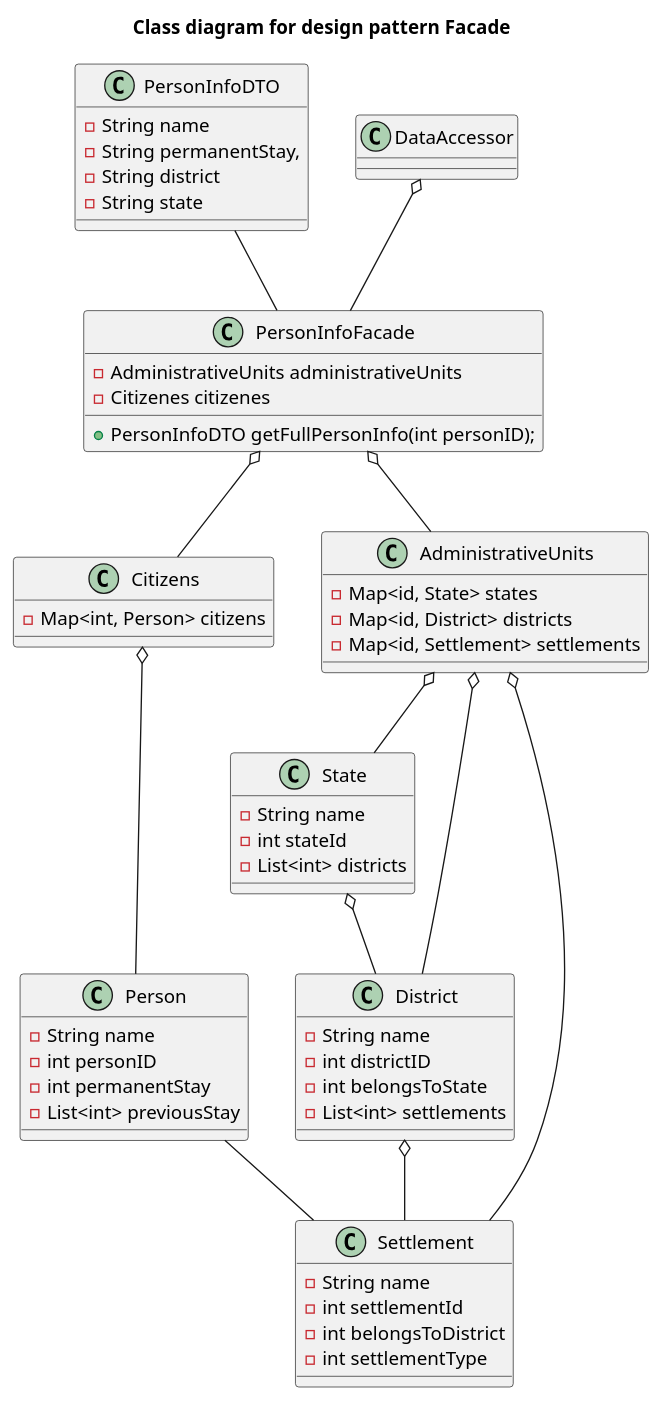
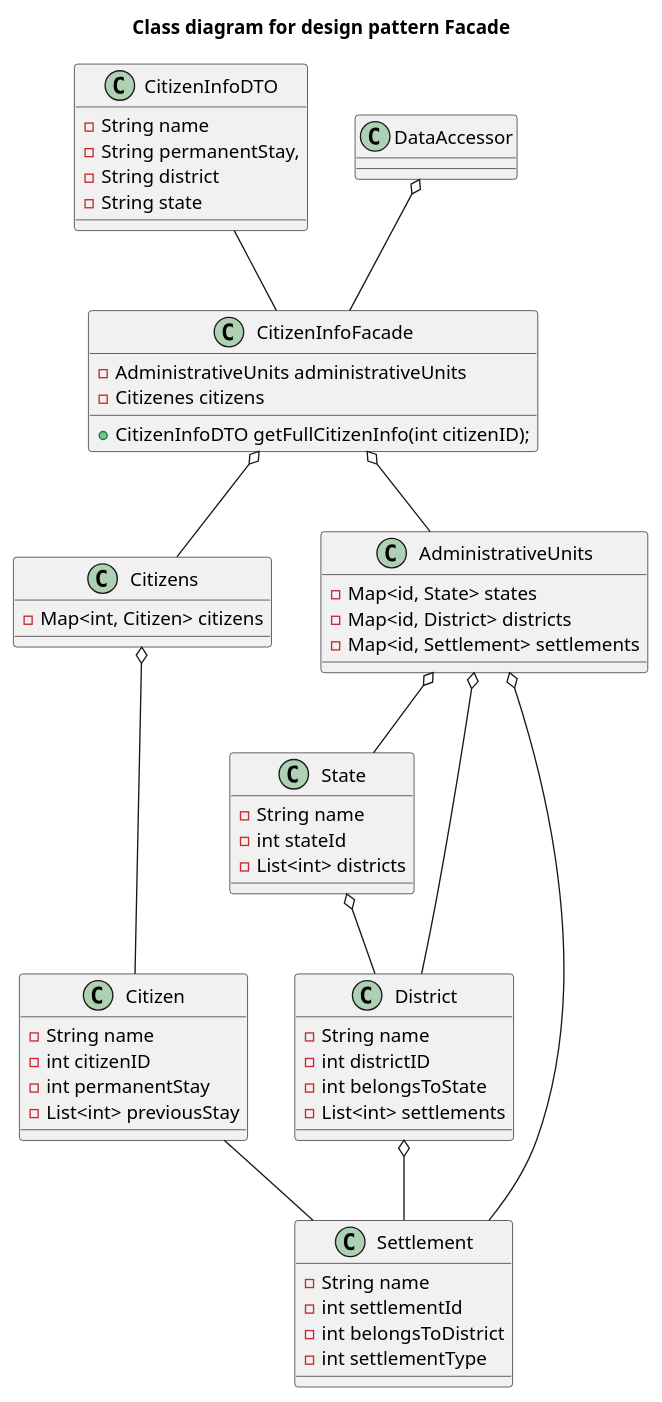
One commit to jozefgloncak/java changed the diagram in design-patterns/dpfacade/class.puml. Above: the diagram before and after it, drawn with PlantUML. The commit also changed 10 other files, not shown here.

```diff
--- a/design-patterns/dpfacade/class.puml
+++ b/design-patterns/dpfacade/class.puml
@@ -1,77 +1,77 @@
 @startuml
 
 title Class diagram for design pattern Facade
 
 class State {
     -String name
     -int stateId
     -List<int> districts
 }
 
 class District {
     -String name
     -int districtID
     -int belongsToState
     -List<int> settlements
 }
 
 
 class Settlement {
     -String name
     -int settlementId
     -int belongsToDistrict
     -int settlementType
 }
 
-class Person {
+class Citizen {
     -String name
-    -int personID
+    -int citizenID
     -int permanentStay
     -List<int> previousStay
 }
 
 class Citizens {
-    -Map<int, Person> citizens
+    -Map<int, Citizen> citizens
 }
 
-class PersonInfoFacade {
+class CitizenInfoFacade {
     -AdministrativeUnits administrativeUnits
-    -Citizenes citizenes
+    -Citizenes citizens
 
-    +PersonInfoDTO getFullPersonInfo(int personID);
+    +CitizenInfoDTO getFullCitizenInfo(int citizenID);
 }
 
-class PersonInfoDTO {
+class CitizenInfoDTO {
     -String name
     -String permanentStay,
     -String district
     -String state
 }
 
 class AdministrativeUnits {
     -Map<id, State> states
     -Map<id, District> districts
     -Map<id, Settlement> settlements
 }
 
 class DataAccessor {
 
 }
 
 State o-- District
 District o-- Settlement
 
-Citizens o--Person
+Citizens o--Citizen
 AdministrativeUnits o-- State
 AdministrativeUnits o-- District
 AdministrativeUnits o-- Settlement
-Person -- Settlement
+Citizen -- Settlement
 
-DataAccessor o-- PersonInfoFacade
-PersonInfoDTO -- PersonInfoFacade
-PersonInfoFacade o-- Citizens
-PersonInfoFacade o-- AdministrativeUnits
+DataAccessor o-- CitizenInfoFacade
+CitizenInfoDTO -- CitizenInfoFacade
+CitizenInfoFacade o-- Citizens
+CitizenInfoFacade o-- AdministrativeUnits
 
 
 
 @enduml
```
